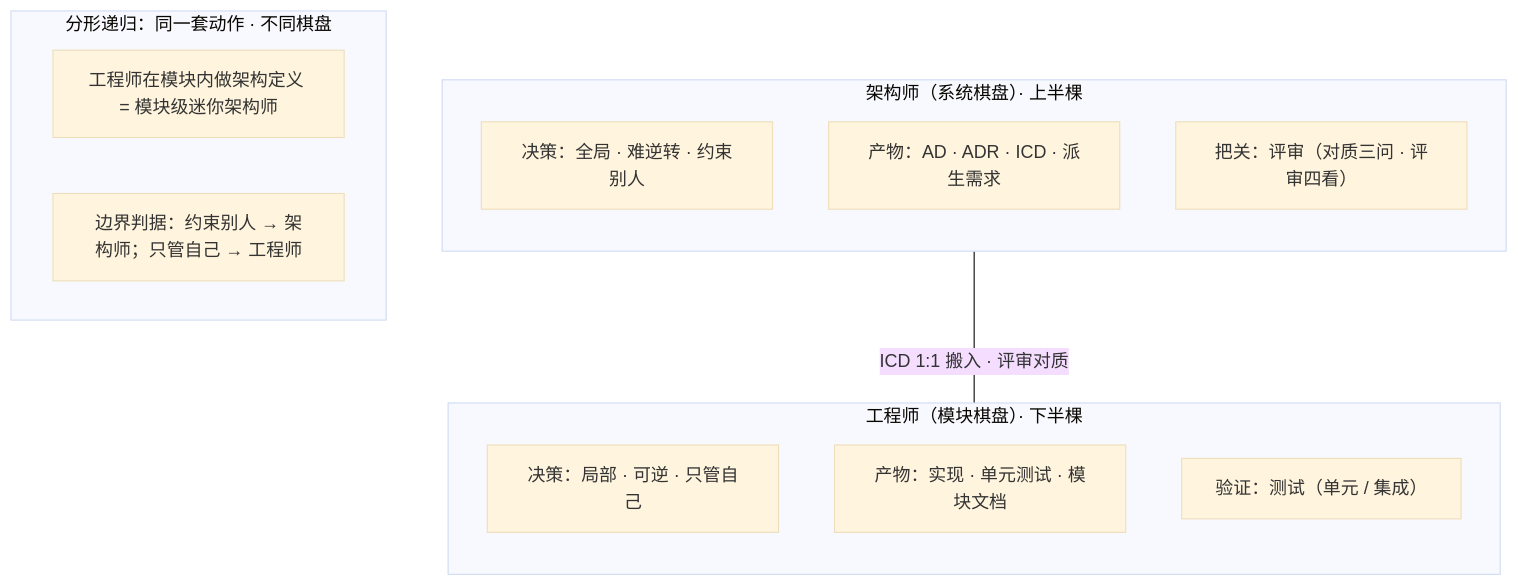
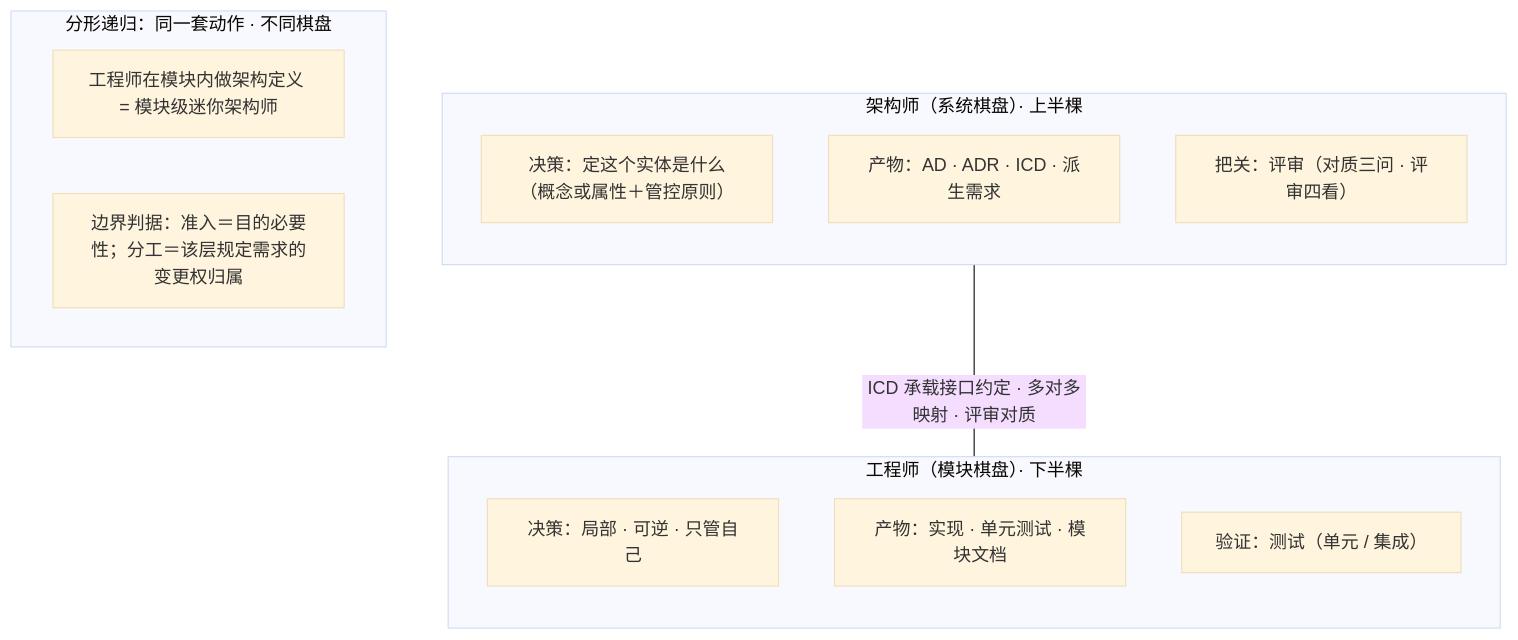
The tenth of 21 diagrams in 100-subprojects/01-系统工程研究/00-系统工程相关研究报告/13-工程角色谱系研究报告-从模块工程师到系统架构师.md (Yongjunzhou/AOS-system-design), drawn with Mermaid (base theme) before and after one commit. The commit also changed other lines of this file and 45 other files, not shown here.

````diff
--- a/100-subprojects/01-系统工程研究/00-系统工程相关研究报告/13-工程角色谱系研究报告-从模块工程师到系统架构师.md
+++ b/100-subprojects/01-系统工程研究/00-系统工程相关研究报告/13-工程角色谱系研究报告-从模块工程师到系统架构师.md
@@ -441,21 +442,21 @@
 ```mermaid
 flowchart TB
     subgraph SA["架构师（系统棋盘）· 上半棵"]
         direction TB
-        SA1["决策：全局 · 难逆转 · 约束别人"]
+        SA1["决策：定这个实体是什么（概念或属性＋管控原则）"]
         SA2["产物：AD · ADR · ICD · 派生需求"]
         SA3["把关：评审（对质三问 · 评审四看）"]
     end
     subgraph MOD["工程师（模块棋盘）· 下半棵"]
         direction TB
         MO1["决策：局部 · 可逆 · 只管自己"]
         MO2["产物：实现 · 单元测试 · 模块文档"]
         MO3["验证：测试（单元 / 集成）"]
     end
-    SA ---|"ICD 1:1 搬入 · 评审对质"| MOD
+    SA ---|"ICD 承载接口约定 · 多对多映射 · 评审对质"| MOD
     subgraph FRA["分形递归：同一套动作 · 不同棋盘"]
         direction LR
         F1["工程师在模块内做架构定义 = 模块级迷你架构师"]
-        F2["边界判据：约束别人 → 架构师；只管自己 → 工程师"]
+        F2["边界判据：准入＝目的必要性；分工＝该层规定需求的变更权归属"]
     end
 ```
````
